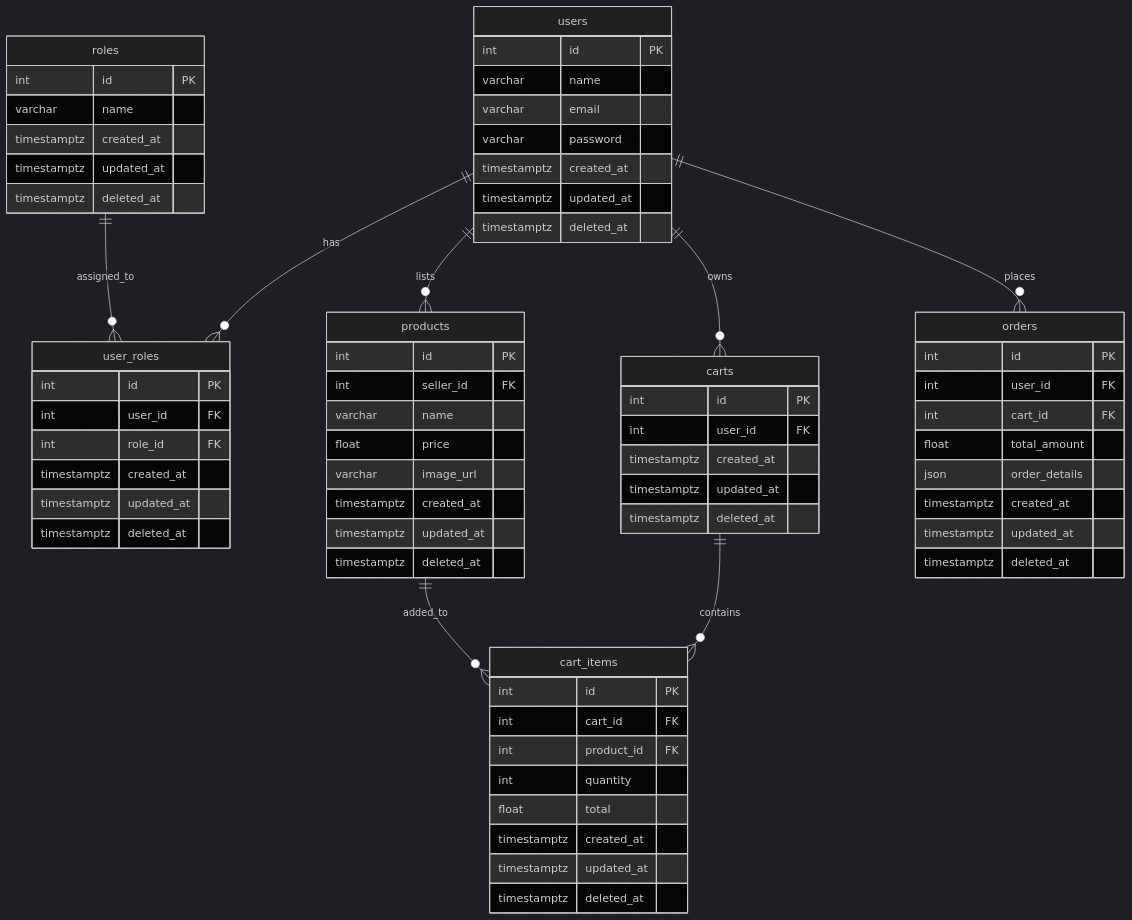
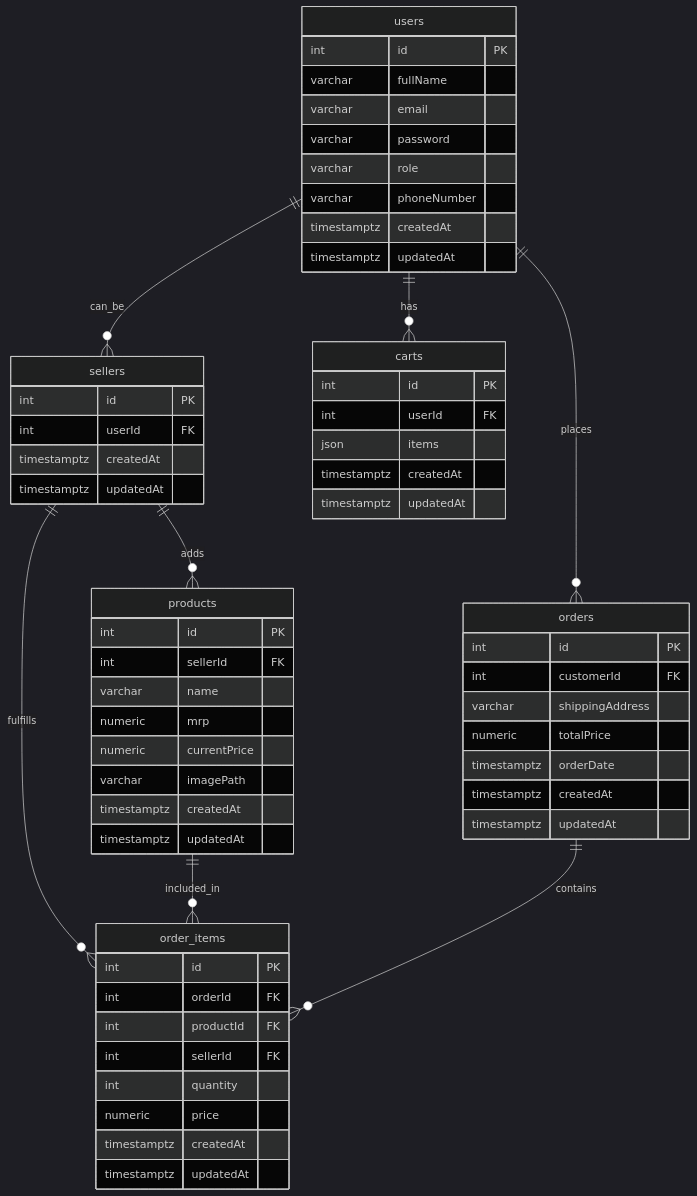
Before and after one commit to lovish-ab/grocery_delivery_docs: the diagram in docs/schema_design.md, drawn with Mermaid (dark theme). The commit also changed other lines of this file and 1 other file, not shown here.

Commit message:
Updated the Documentation - Schema diagrama nd AWS Archiecture

````diff
--- a/docs/schema_design.md
+++ b/docs/schema_design.md
@@ -1,81 +1,72 @@
 ```mermaid
 erDiagram
 
     users {
         int id PK
-        varchar name
+        varchar fullName
         varchar email
         varchar password
-        timestamptz created_at
-        timestamptz updated_at
-        timestamptz deleted_at
+        varchar role
+        varchar phoneNumber
+        timestamptz createdAt
+        timestamptz updatedAt
     }
 
-    roles {
+    sellers {
         int id PK
-        varchar name
-        timestamptz created_at
-        timestamptz updated_at
-        timestamptz deleted_at
-    }
-
-    user_roles {
-        int id PK
-        int user_id FK
-        int role_id FK
-        timestamptz created_at
-        timestamptz updated_at
-        timestamptz deleted_at
+        int userId FK
+        timestamptz createdAt
+        timestamptz updatedAt
     }
 
     products {
         int id PK
-        int seller_id FK
+        int sellerId FK
         varchar name
-        float price
-        varchar image_url
-        timestamptz created_at
-        timestamptz updated_at
-        timestamptz deleted_at
+        numeric mrp
+        numeric currentPrice
+        varchar imagePath
+        timestamptz createdAt
+        timestamptz updatedAt
     }
 
     carts {
         int id PK
-        int user_id FK
-        timestamptz created_at
-        timestamptz updated_at
-        timestamptz deleted_at
-    }
-
-    cart_items {
-        int id PK
-        int cart_id FK
-        int product_id FK
-        int quantity
-        float total
-        timestamptz created_at
-        timestamptz updated_at
-        timestamptz deleted_at
+        int userId FK
+        json items
+        timestamptz createdAt
+        timestamptz updatedAt
     }
 
     orders {
         int id PK
-        int user_id FK
-        int cart_id FK
-        float total_amount
-        json order_details
-        timestamptz created_at
-        timestamptz updated_at
-        timestamptz deleted_at
+        int customerId FK
+        varchar shippingAddress
+        numeric totalPrice
+        timestamptz orderDate
+        timestamptz createdAt
+        timestamptz updatedAt
+    }
+
+    order_items {
+        int id PK
+        int orderId FK
+        int productId FK
+        int sellerId FK
+        int quantity
+        numeric price
+        timestamptz createdAt
+        timestamptz updatedAt
     }
 
     %% relationships
-    users ||--o{ user_roles : "has"
-    roles ||--o{ user_roles : "assigned_to"
-    %% seller is a user with seller role
-    users ||--o{ products : "lists"
-    users ||--o{ carts : "owns"
-    carts ||--o{ cart_items : "contains"
-    products ||--o{ cart_items : "added_to"
+    users ||--o{ sellers : "can_be"
+    users ||--o{ carts : "has"
     users ||--o{ orders : "places"
+
+    sellers ||--o{ products : "adds"
+    sellers ||--o{ order_items : "fulfills"
+
+    products ||--o{ order_items : "included_in"
+    orders ||--o{ order_items : "contains"
 ```
````
